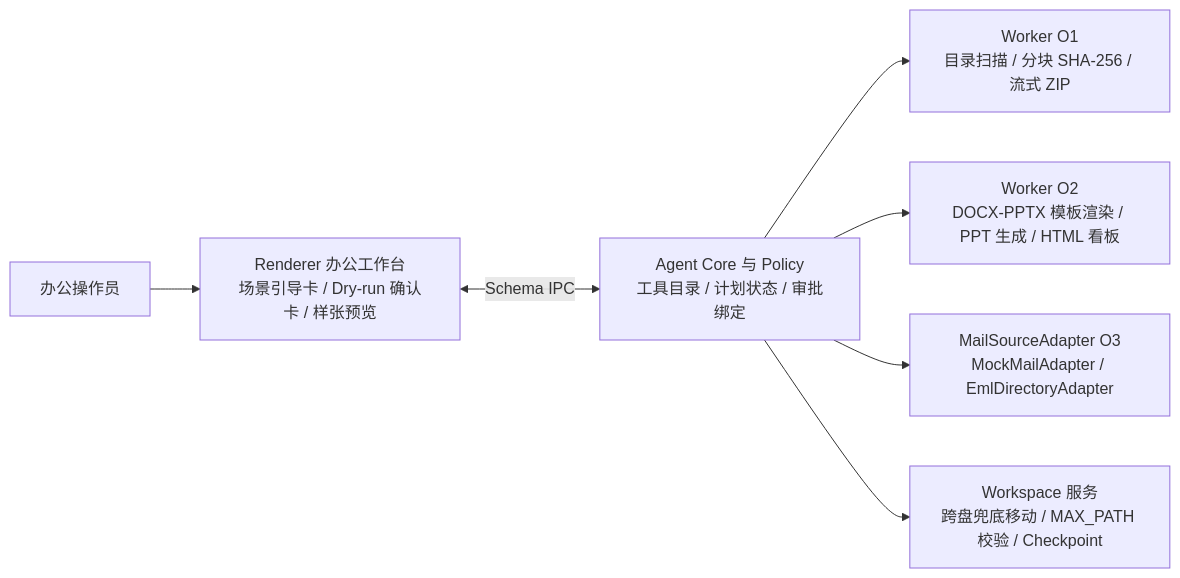
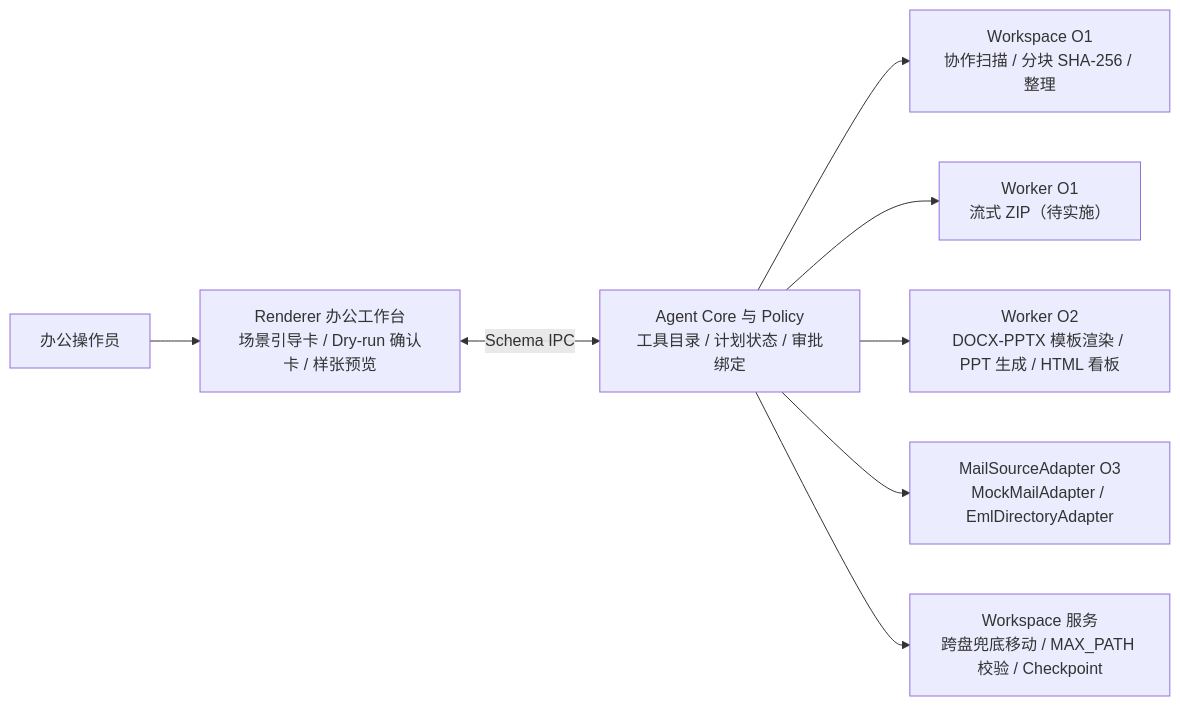
One commit to allin2/AgentForWin7 changed the diagram in docs/tasks/A9_70_OFFICE_WORKFLOW_BATCH1.md. Above: the diagram before and after it, drawn with Mermaid. The commit also changed other lines of this file and 20 other files, not shown here.

````diff
--- a/docs/tasks/A9_70_OFFICE_WORKFLOW_BATCH1.md
+++ b/docs/tasks/A9_70_OFFICE_WORKFLOW_BATCH1.md
@@ -44,9 +44,10 @@
 ```mermaid
 flowchart LR
     OP["办公操作员"] --> UI["Renderer 办公工作台<br/>场景引导卡 / Dry-run 确认卡 / 样张预览"]
     UI <-->|"Schema IPC"| CORE["Agent Core 与 Policy<br/>工具目录 / 计划状态 / 审批绑定"]
-    CORE --> W1["Worker O1<br/>目录扫描 / 分块 SHA-256 / 流式 ZIP"]
+    CORE --> W1["Workspace O1<br/>协作扫描 / 分块 SHA-256 / 整理"]
+    CORE --> ZIP["Worker O1<br/>流式 ZIP（待实施）"]
     CORE --> W2["Worker O2<br/>DOCX-PPTX 模板渲染 / PPT 生成 / HTML 看板"]
     CORE --> M1["MailSourceAdapter O3<br/>MockMailAdapter / EmlDirectoryAdapter"]
     CORE --> WS["Workspace 服务<br/>跨盘兜底移动 / MAX_PATH 校验 / Checkpoint"]
 ```
````
